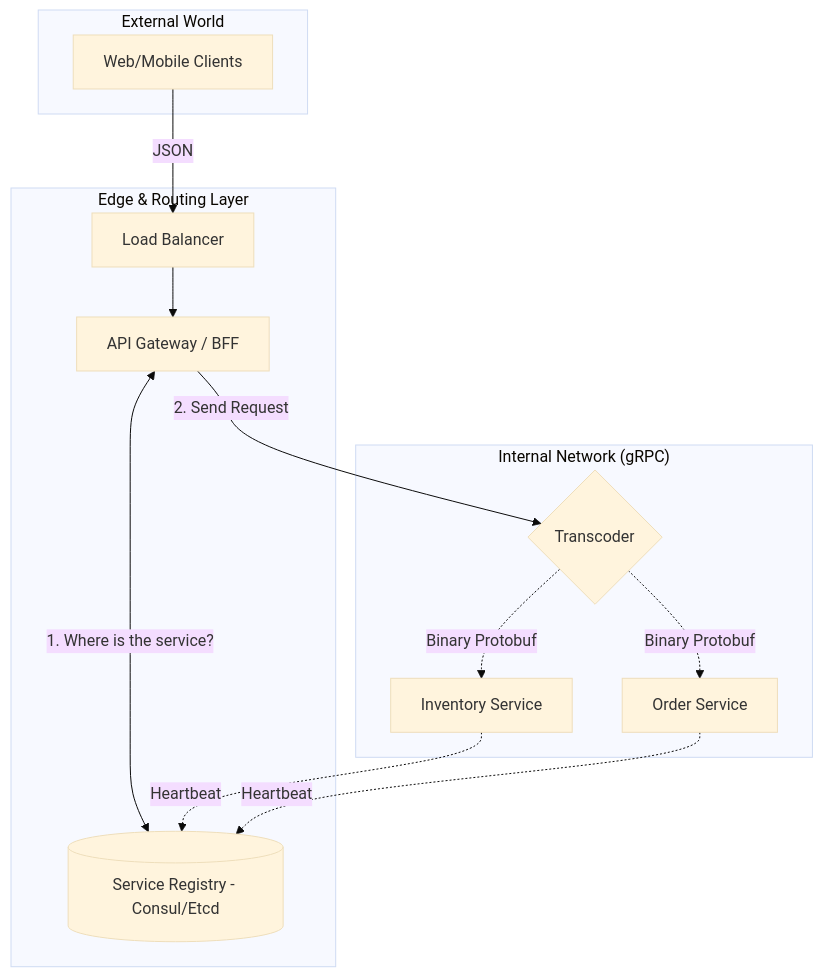
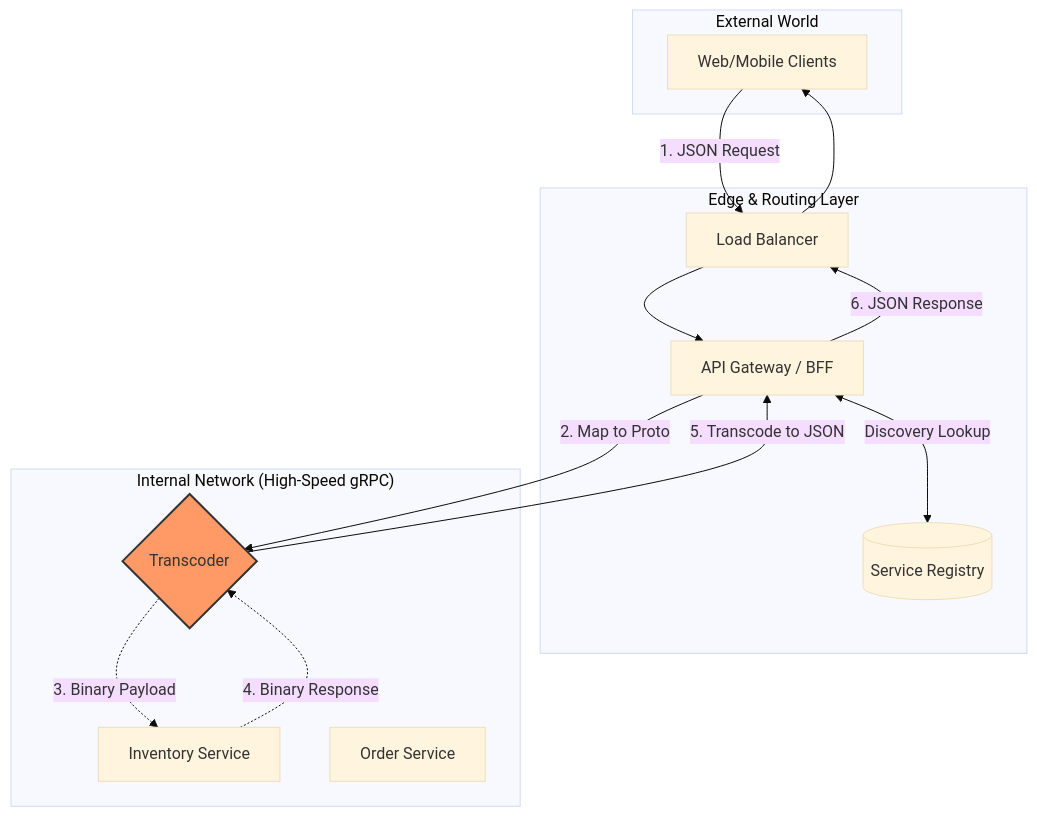
One commit to KJOSHI1081/Interview-Preparations changed the diagram in Phase I/System Design/Concepts/Service Layer Architecture.md. Above: the diagram before and after it, drawn with Mermaid (base theme). The commit also changed other lines of this file, not shown here.

Commit message:
Update Service Layer Architecture.md

````diff
--- a/Phase I/System Design/Concepts/Service Layer Architecture.md
+++ b/Phase I/System Design/Concepts/Service Layer Architecture.md
@@ -164,33 +164,33 @@
 ```mermaid
 graph TD
     subgraph "External World"
         A[Web/Mobile Clients]
     end
 
     subgraph "Edge & Routing Layer"
         B[Load Balancer]
         C[API Gateway / BFF]
-        H[(Service Registry - Consul/Etcd)]
+        H[(Service Registry)]
     end
 
-    subgraph "Internal Network (gRPC)"
+    subgraph "Internal Network (High-Speed gRPC)"
         D{Transcoder}
         E[Inventory Service]
         F[Order Service]
     end
 
-    %% Data Flow
-    A -->|JSON| B
+    %% 1. The Request Path
+    A -->|1. JSON Request| B
     B --> C
+    C <-->|Discovery Lookup| H
+    C -->|2. Map to Proto| D
+    D -.->|3. Binary Payload| E
     
-    %% The "Discovery" lookup you mentioned
-    C <-->|1. Where is the service?| H
-    
-    C -->|2. Send Request| D
-    D -.->|Binary Protobuf| E
-    D -.->|Binary Protobuf| F
+    %% 2. The Response Path (The Update)
+    E -.->|4. Binary Response| D
+    D -->|5. Transcode to JSON| C
+    C -->|6. JSON Response| B
+    B --> A
 
-    %% Health Checks
-    E -.->|Heartbeat| H
-    F -.->|Heartbeat| H
+    style D fill:#f96,stroke:#333,stroke-width:2px
 ```
````
